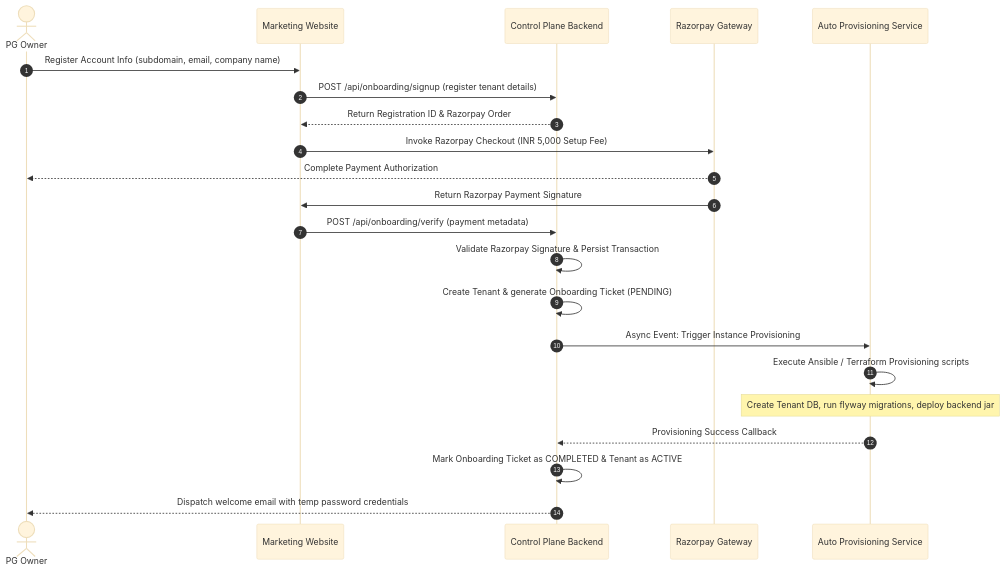
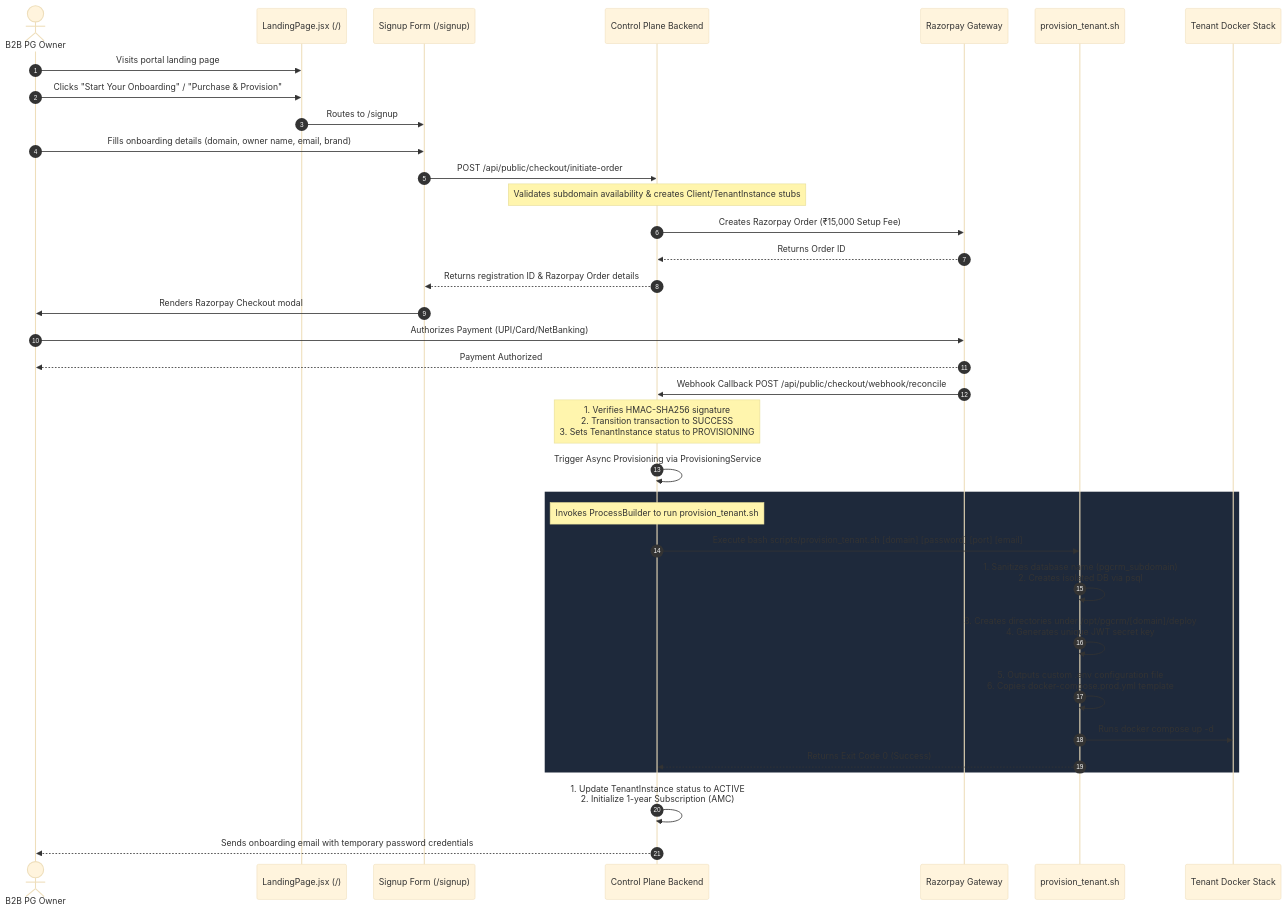
Before and after one commit to rahul-0906/PG-Project: the second of 2 diagrams in control_plane_architecture.md, drawn with Mermaid (base theme). The commit also changed other lines of this file and 3 other files, not shown here.

Commit message:
Update Monorepo codebase registry and SOP documentation with client UI components, ProvisioningService details, chmod script execution requirements, and onboarding sequence updates

````diff
--- a/control_plane_architecture.md
+++ b/control_plane_architecture.md
@@ -110,25 +110,38 @@
 ```mermaid
 sequenceDiagram
     autonumber
-    actor Owner as PG Owner
-    participant Web as Marketing Website
+    actor Owner as B2B PG Owner
+    participant Landing as LandingPage.jsx (/)
+    participant SignupForm as Signup Form (/signup)
     participant CP as Control Plane Backend
     participant RZP as Razorpay Gateway
-    participant Prov as Auto Provisioning Service
+    participant Script as provision_tenant.sh
+    participant TenantStack as Tenant Docker Stack
 
-    Owner->>Web: Register Account Info (subdomain, email, company name)
-    Web->>CP: POST /api/onboarding/signup (register tenant details)
-    CP-->>Web: Return Registration ID & Razorpay Order
-    Web->>RZP: Invoke Razorpay Checkout (INR 5,000 Setup Fee)
-    RZP-->>Owner: Complete Payment Authorization
-    RZP->>Web: Return Razorpay Payment Signature
-    Web->>CP: POST /api/onboarding/verify (payment metadata)
-    CP->>CP: Validate Razorpay Signature & Persist Transaction
-    CP->>CP: Create Tenant & generate Onboarding Ticket (PENDING)
-    CP->>Prov: Async Event: Trigger Instance Provisioning
-    Prov->>Prov: Execute Ansible / Terraform Provisioning scripts
-    Note over Prov: Create Tenant DB, run flyway migrations, deploy backend jar
-    Prov-->>CP: Provisioning Success Callback
-    CP->>CP: Mark Onboarding Ticket as COMPLETED & Tenant as ACTIVE
-    CP-->>Owner: Dispatch welcome email with temp password credentials
+    Owner->>Landing: Visits portal landing page
+    Owner->>Landing: Clicks "Start Your Onboarding" / "Purchase & Provision"
+    Landing->>SignupForm: Routes to /signup
+    Owner->>SignupForm: Fills onboarding details (domain, owner name, email, brand)
+    SignupForm->>CP: POST /api/public/checkout/initiate-order
+    Note over CP: Validates subdomain availability & creates Client/TenantInstance stubs
+    CP->>RZP: Creates Razorpay Order (₹15,000 Setup Fee)
+    RZP-->>CP: Returns Order ID
+    CP-->>SignupForm: Returns registration ID & Razorpay Order details
+    SignupForm->>Owner: Renders Razorpay Checkout modal
+    Owner->>RZP: Authorizes Payment (UPI/Card/NetBanking)
+    RZP-->>Owner: Payment Authorized
+    RZP->>CP: Webhook Callback POST /api/public/checkout/webhook/reconcile
+    Note over CP: 1. Verifies HMAC-SHA256 signature<br/>2. Transition transaction to SUCCESS<br/>3. Sets TenantInstance status to PROVISIONING
+    CP->>CP: Trigger Async Provisioning via ProvisioningService
+    rect rgb(30, 41, 59)
+        Note over CP: Invokes ProcessBuilder to run provision_tenant.sh
+        CP->>Script: Execute bash scripts/provision_tenant.sh [domain] [password] [port] [email]
+        Script->>Script: 1. Sanitizes database name (pgcrm_subdomain)<br/>2. Creates isolated DB via psql
+        Script->>Script: 3. Creates directories under /opt/pgcrm/[domain]/deploy<br/>4. Generates unique JWT secret key
+        Script->>Script: 5. Outputs custom .env configuration file<br/>6. Copies docker-compose.prod.yml template
+        Script->>TenantStack: Runs docker compose up -d
+        Script-->>CP: Returns Exit Code 0 (Success)
+    end
+    CP->>CP: 1. Update TenantInstance status to ACTIVE<br/>2. Initialize 1-year Subscription (AMC)
+    CP-->>Owner: Sends onboarding email with temporary password credentials
 ```
````
